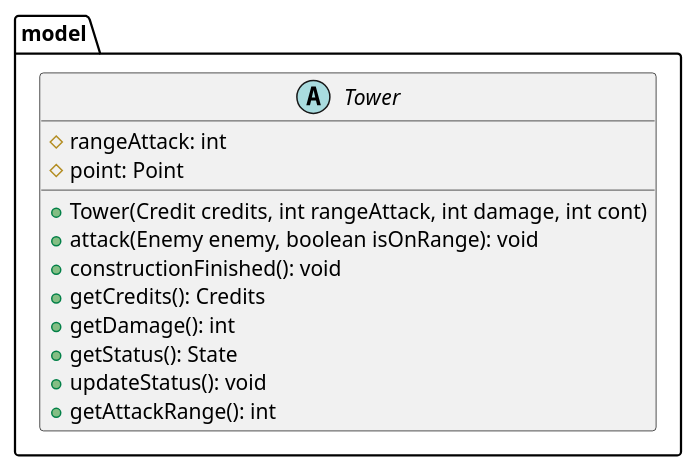
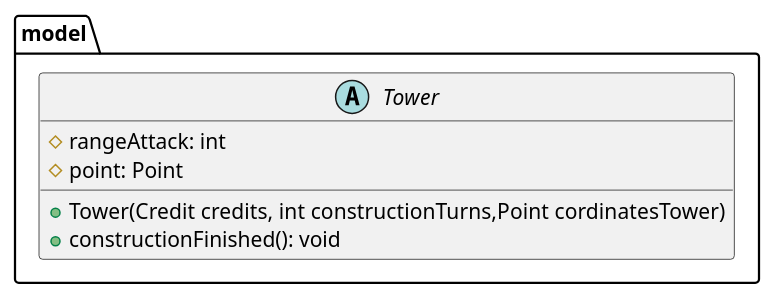
One commit to alejandrodelcs/algo3_tp2 changed the diagram in diagrams/classes/algoDefense/model/defense/Tower.puml. Above: the diagram before and after it, drawn with PlantUML. The commit also changed 63 other files, not shown here.

Commit message:
Every single class diagram done

```diff
--- a/diagrams/classes/algoDefense/model/defense/Tower.puml
+++ b/diagrams/classes/algoDefense/model/defense/Tower.puml
@@ -1,19 +1,13 @@
 @startuml
 'https://plantuml.com/class-diagram
 package model {
     abstract class Tower {
         # rangeAttack: int
         # point: Point
 
-        + Tower(Credit credits, int rangeAttack, int damage, int cont)
-        + attack(Enemy enemy, boolean isOnRange): void
+        + Tower(Credit credits, int constructionTurns,Point cordinatesTower)
         + constructionFinished(): void
-        + getCredits(): Credits
-        + getDamage(): int
-        + getStatus(): State
-        + updateStatus(): void
-        + getAttackRange(): int
     }
 }
 
 @enduml
```
